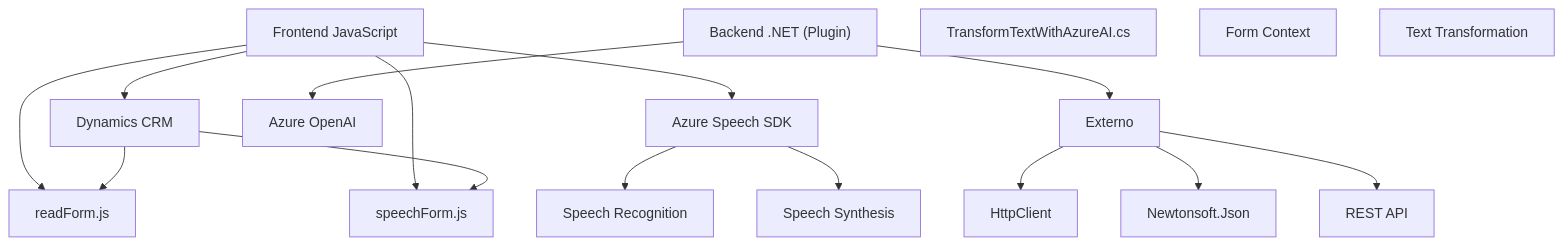
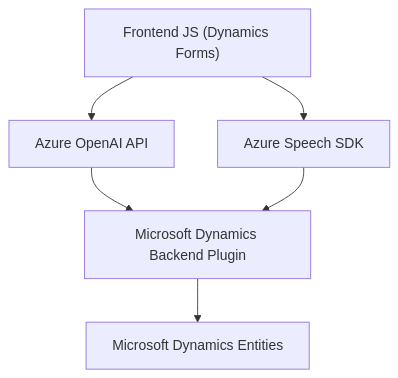
Before and after one commit to blopezdm/NETCORE_BILBAO2025: the first of 3 diagrams in README.md, drawn with Mermaid. The commit also changed other lines of this file, not shown here.

````diff
--- a/README.md
+++ b/README.md
@@ -48,33 +36,8 @@
 ```mermaid
 graph TD
-    A["Frontend JavaScript"]
-    A1["readForm.js"]
-    A2["speechForm.js"]
-    B["Azure Speech SDK"]
-    B1["Speech Recognition"]
-    B2["Speech Synthesis"]
-    C["Backend .NET (Plugin)"]
-    C1["TransformTextWithAzureAI.cs"]
-    D["Dynamics CRM"]
-    D1["Form Context"]
-    E["Azure OpenAI"]
-    E1["Text Transformation"]
-    F["Externo"]
-    F1["HttpClient"]
-    F2["Newtonsoft.Json"]
-    F3["REST API"]
-
-    A --> A1
-    A --> A2
-    A --> B
-    B --> B1
-    B --> B2
-    A --> D
-    C --> E
-    C --> F
-    D --> A1
-    D --> A2
-    F --> F1
-    F --> F2
-    F --> F3
+    A["Frontend JS (Dynamics Forms)"] --> B["Azure Speech SDK"]
+    A --> C["Azure OpenAI API"]
+    C --> D["Microsoft Dynamics Backend Plugin"]
+    B --> D
+    D --> E["Microsoft Dynamics Entities"]
 ```
````
